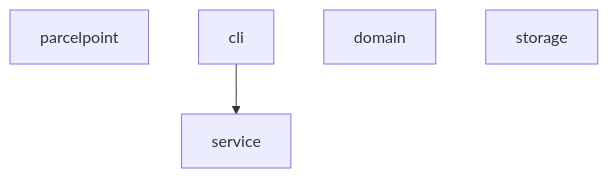
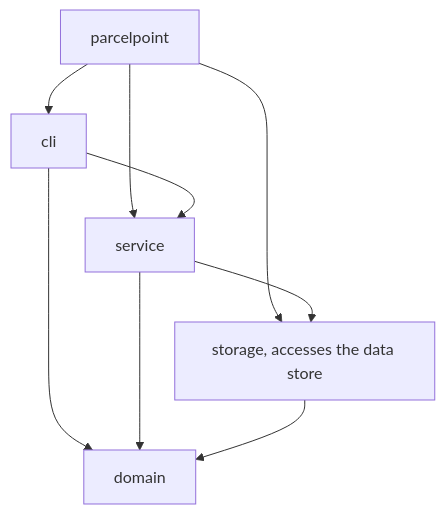
One commit to GoonNapat6788127/itcs382-h2-lab changed the first of 3 diagrams in LAB_REPORT.md. Above: the diagram before and after it, drawn with Mermaid. The commit also changed other lines of this file, not shown here.

````diff
--- a/LAB_REPORT.md
+++ b/LAB_REPORT.md
@@ -66,9 +95,12 @@
 ```mermaid
 flowchart TB
-    parcelpoint
-    cli
-    service
-    domain
-    storage
+    parcelpoint --> cli
+    parcelpoint --> service
+    parcelpoint --> storage
     cli --> service
+    cli --> domain
+    service --> domain
+    service --> storage
+    storage --> domain
+    storage["storage, accesses the data store"]
 ```
````
